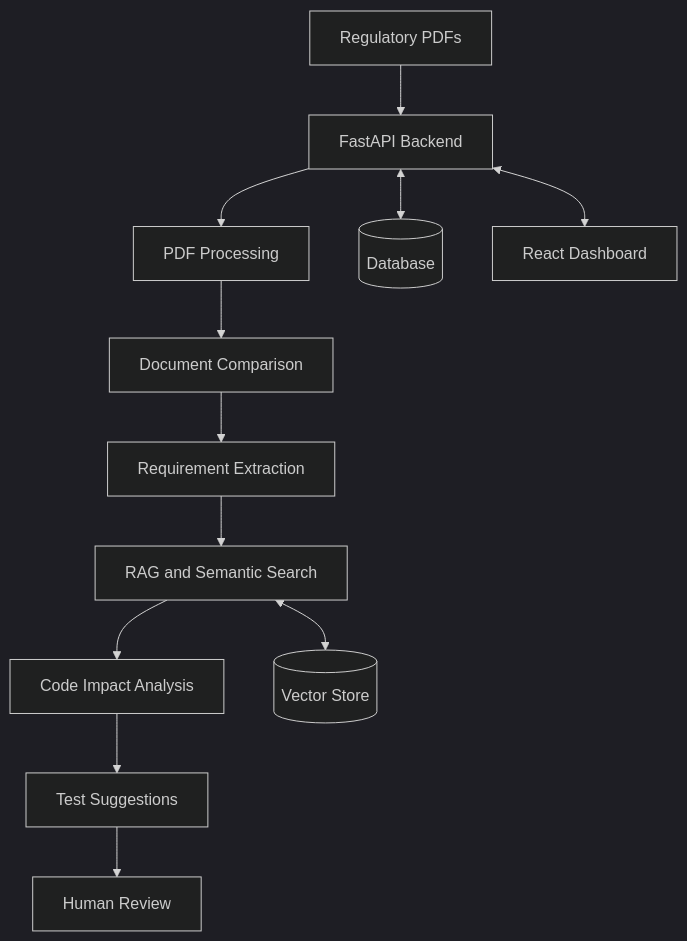
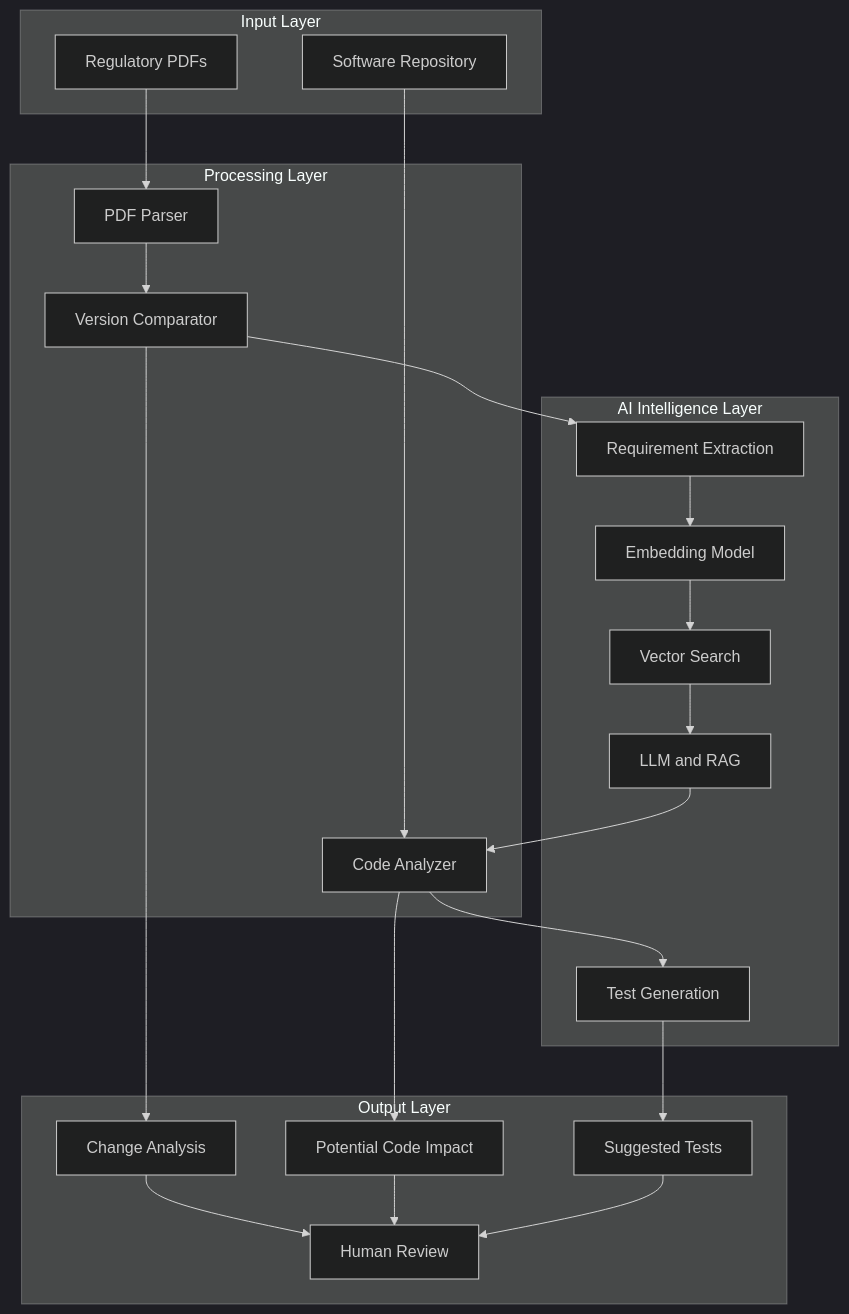
One commit to rajshreesinha-23/regulalens-ai changed the second of 3 diagrams in README.md. Above: the diagram before and after it, drawn with Mermaid (dark theme). The commit also changed other lines of this file, not shown here.

````diff
--- a/README.md
+++ b/README.md
@@ -56,14 +109,44 @@
 ```mermaid
 flowchart TB
-    A[Regulatory PDFs] --> B[FastAPI Backend]
-    B --> C[PDF Processing]
-    C --> D[Document Comparison]
-    D --> E[Requirement Extraction]
-    E --> F[RAG and Semantic Search]
-    F --> G[Code Impact Analysis]
-    G --> H[Test Suggestions]
-    H --> I[Human Review]
-    B <--> J[(Database)]
-    F <--> K[(Vector Store)]
-    B <--> L[React Dashboard]
+    subgraph Input["Input Layer"]
+        A[Regulatory PDFs]
+        B[Software Repository]
+    end
+
+    subgraph Processing["Processing Layer"]
+        C[PDF Parser]
+        D[Version Comparator]
+        E[Code Analyzer]
+    end
+
+    subgraph Intelligence["AI Intelligence Layer"]
+        F[Requirement Extraction]
+        G[Embedding Model]
+        H[Vector Search]
+        I[LLM and RAG]
+        J[Test Generation]
+    end
+
+    subgraph Output["Output Layer"]
+        K[Change Analysis]
+        L[Potential Code Impact]
+        M[Suggested Tests]
+        N[Human Review]
+    end
+
+    A --> C
+    C --> D
+    D --> F
+    F --> G
+    G --> H
+    H --> I
+    B --> E
+    I --> E
+    E --> J
+    J --> M
+    D --> K
+    E --> L
+    K --> N
+    L --> N
+    M --> N
 ```
````
